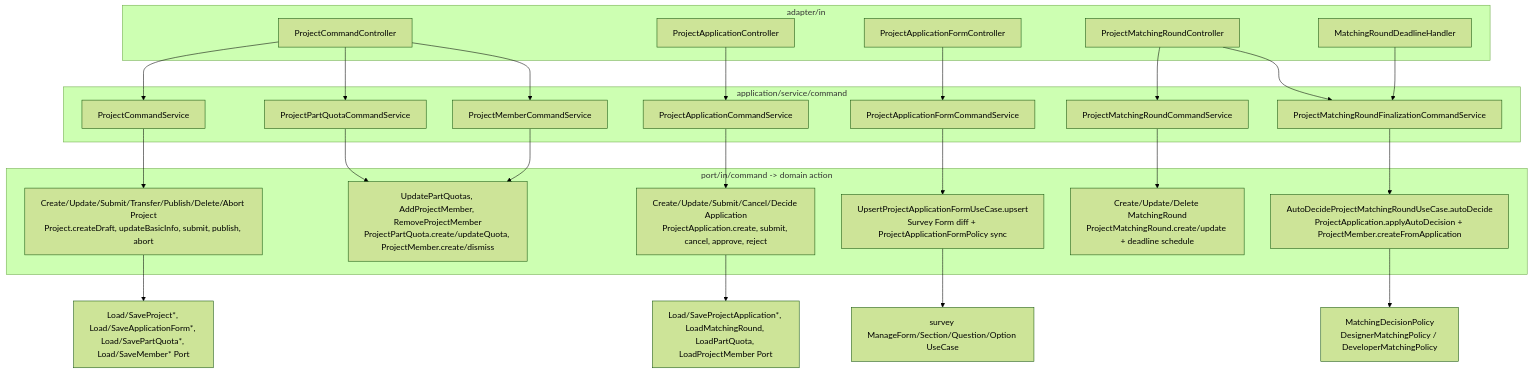
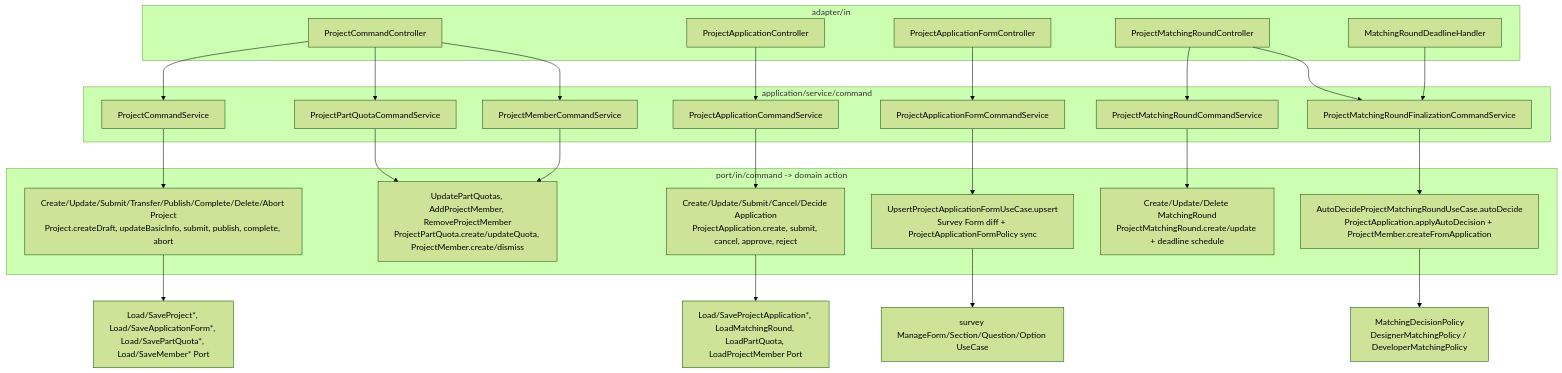
The fourth of 5 diagrams in docs/onboarding/domain/project.md (UMC-PRODUCT/umc-product-server), drawn with Mermaid (forest theme) before and after one commit. The commit also changed other lines of this file, not shown here.

Commit message:
docs: address project diagram review feedback

````diff
--- a/docs/onboarding/domain/project.md
+++ b/docs/onboarding/domain/project.md
@@ -145,51 +148,51 @@
 ```mermaid
 flowchart TB
   subgraph InAdapter["adapter/in"]
     ProjectCommandController["ProjectCommandController"]
     ProjectApplicationController["ProjectApplicationController"]
     ProjectApplicationFormController["ProjectApplicationFormController"]
     ProjectMatchingRoundController["ProjectMatchingRoundController"]
     MatchingRoundDeadlineHandler["MatchingRoundDeadlineHandler"]
   end
 
   subgraph CommandService["application/service/command"]
     ProjectCommandService["ProjectCommandService"]
     ProjectApplicationCommandService["ProjectApplicationCommandService"]
     ProjectApplicationFormCommandService["ProjectApplicationFormCommandService"]
     ProjectPartQuotaCommandService["ProjectPartQuotaCommandService"]
     ProjectMemberCommandService["ProjectMemberCommandService"]
     ProjectMatchingRoundCommandService["ProjectMatchingRoundCommandService"]
     ProjectMatchingRoundFinalizationCommandService["ProjectMatchingRoundFinalizationCommandService"]
   end
 
   subgraph UseCaseAction["port/in/command -> domain action"]
-    ProjectLifecycle["Create/Update/Submit/Transfer/Publish/Delete/Abort Project<br/>Project.createDraft, updateBasicInfo, submit, publish, abort"]
+    ProjectLifecycle["Create/Update/Submit/Transfer/Publish/Complete/Delete/Abort Project<br/>Project.createDraft, updateBasicInfo, submit, publish, complete, abort"]
     ApplicationLifecycle["Create/Update/Submit/Cancel/Decide Application<br/>ProjectApplication.create, submit, cancel, approve, reject"]
     ApplicationFormUpsert["UpsertProjectApplicationFormUseCase.upsert<br/>Survey Form diff + ProjectApplicationFormPolicy sync"]
     QuotaMember["UpdatePartQuotas, AddProjectMember, RemoveProjectMember<br/>ProjectPartQuota.create/updateQuota, ProjectMember.create/dismiss"]
     MatchingRoundLifecycle["Create/Update/Delete MatchingRound<br/>ProjectMatchingRound.create/update + deadline schedule"]
     MatchingRoundFinalize["AutoDecideProjectMatchingRoundUseCase.autoDecide<br/>ProjectApplication.applyAutoDecision + ProjectMember.createFromApplication"]
   end
 
   ProjectCommandController --> ProjectCommandService
   ProjectCommandController --> ProjectPartQuotaCommandService
   ProjectCommandController --> ProjectMemberCommandService
   ProjectApplicationController --> ProjectApplicationCommandService
   ProjectApplicationFormController --> ProjectApplicationFormCommandService
   ProjectMatchingRoundController --> ProjectMatchingRoundCommandService
   ProjectMatchingRoundController --> ProjectMatchingRoundFinalizationCommandService
   MatchingRoundDeadlineHandler --> ProjectMatchingRoundFinalizationCommandService
 
   ProjectCommandService --> ProjectLifecycle
   ProjectApplicationCommandService --> ApplicationLifecycle
   ProjectApplicationFormCommandService --> ApplicationFormUpsert
   ProjectPartQuotaCommandService --> QuotaMember
   ProjectMemberCommandService --> QuotaMember
   ProjectMatchingRoundCommandService --> MatchingRoundLifecycle
   ProjectMatchingRoundFinalizationCommandService --> MatchingRoundFinalize
 
   ProjectLifecycle --> ProjectPorts["Load/SaveProject*, Load/SaveApplicationForm*, Load/SavePartQuota*, Load/SaveMember* Port"]
   ApplicationLifecycle --> ApplicationPorts["Load/SaveProjectApplication*, LoadMatchingRound, LoadPartQuota, LoadProjectMember Port"]
   ApplicationFormUpsert --> SurveyCommand["survey ManageForm/Section/Question/Option UseCase"]
   MatchingRoundFinalize --> MatchingPolicy["MatchingDecisionPolicy<br/>DesignerMatchingPolicy / DeveloperMatchingPolicy"]
 ```
````
